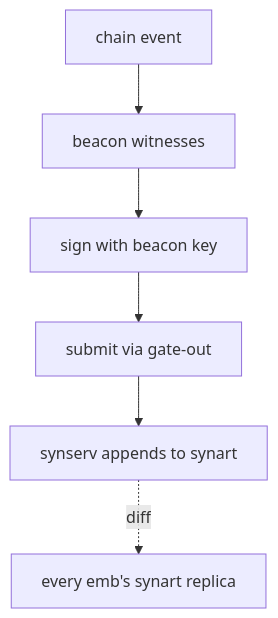
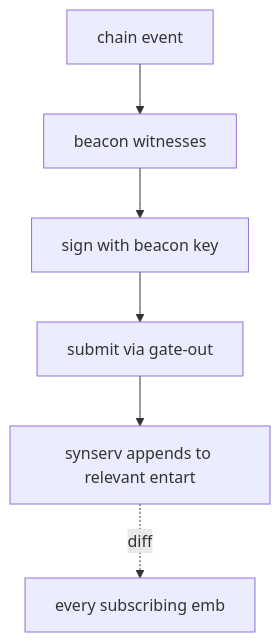
The fourth of 6 diagrams in synomics/noemar-synlang/syn-overview.md (sky-ecosystem/laniakea-docs), drawn with Mermaid before and after one commit. The commit also changed other lines of this file and 13 other files, not shown here.

````diff
--- a/synomics/noemar-synlang/syn-overview.md
+++ b/synomics/noemar-synlang/syn-overview.md
@@ -246,8 +304,8 @@
 ```mermaid
 flowchart TD
     CE[chain event] --> WT[beacon witnesses]
     WT --> SG[sign with beacon key]
     SG --> GO[submit via gate-out]
-    GO --> SY[synserv appends to synart]
-    SY -.->|diff| RE[every emb's synart replica]
+    GO --> SY[synserv appends to relevant entart]
+    SY -.->|diff| RE[every subscribing emb]
 ```
````
